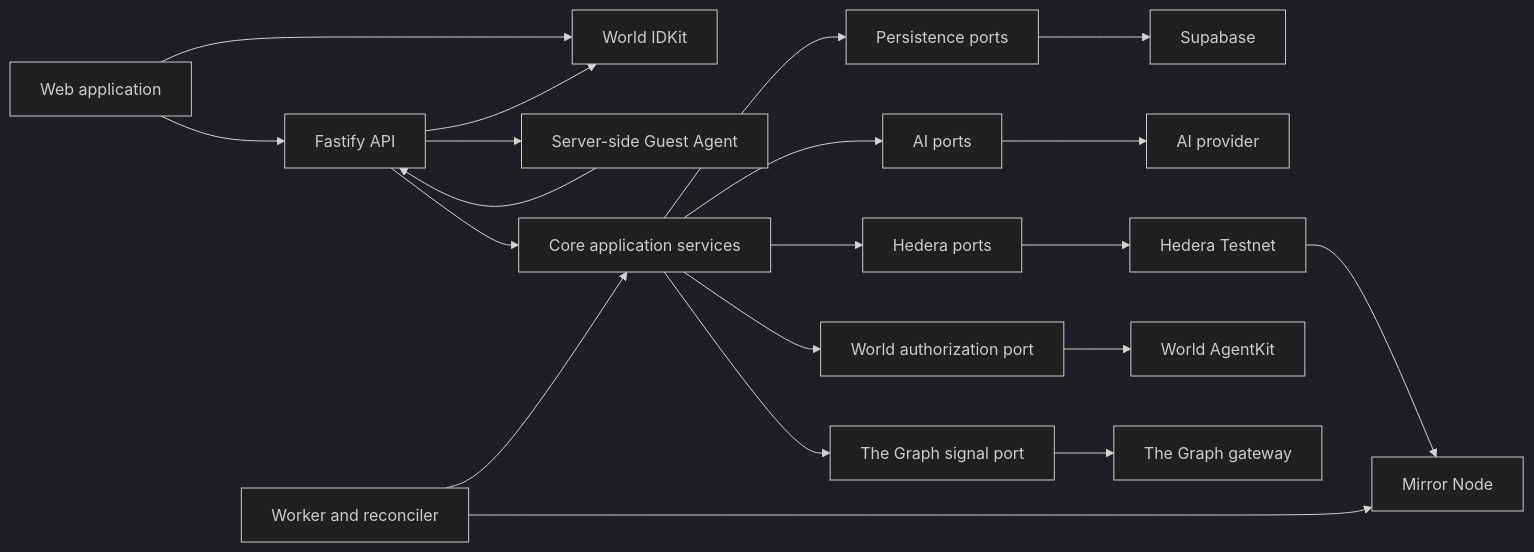
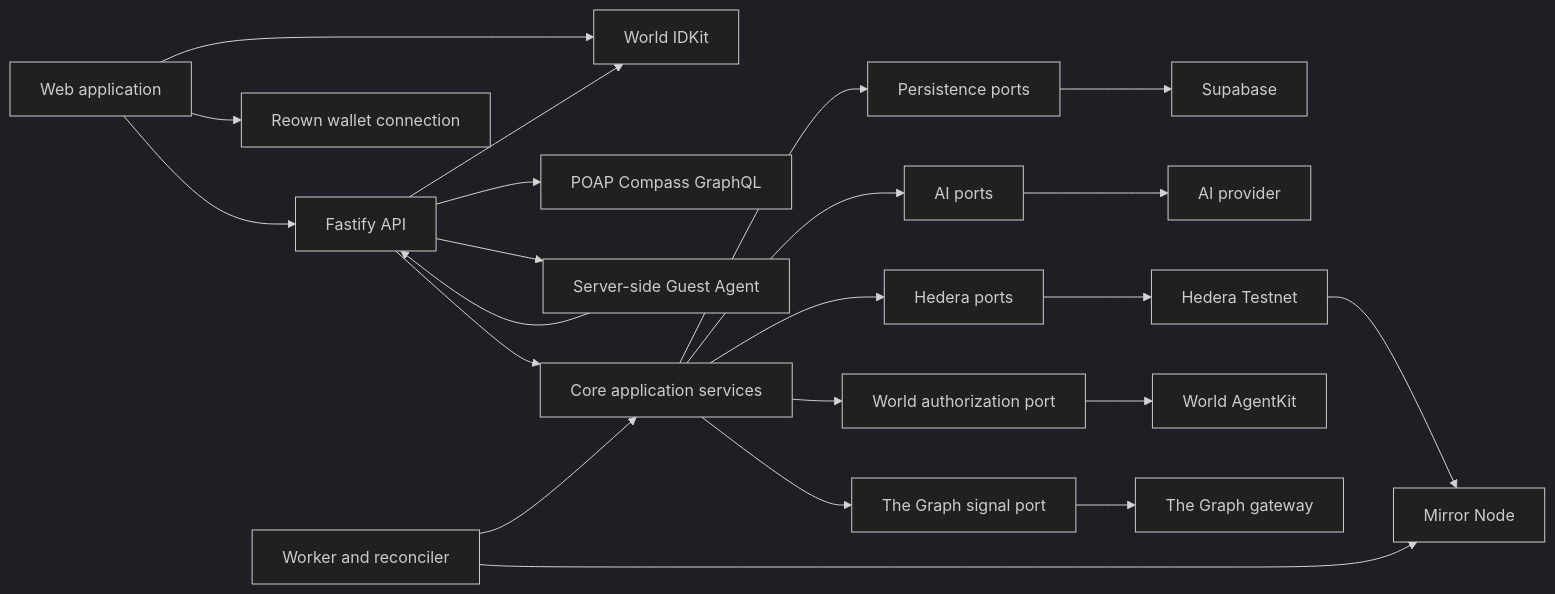
Before and after one commit to nadiia-balaian/nook-rent: the first of 2 diagrams in docs/ARCHITECTURE.md, drawn with Mermaid (dark theme). The commit also changed other lines of this file and 34 other files, not shown here.

Commit message:
feat(wallet): add optional POAP evidence

````diff
--- a/docs/ARCHITECTURE.md
+++ b/docs/ARCHITECTURE.md
@@ -17,25 +17,27 @@
 ```mermaid
 flowchart LR
   Browser["Web application"] --> API["Fastify API"]
   Browser --> WorldID["World IDKit"]
+  Browser --> Wallet["Reown wallet connection"]
   API --> WorldID
+  API --> POAP["POAP Compass GraphQL"]
   API --> GuestAgent["Server-side Guest Agent"]
   GuestAgent --> API
   API --> Core["Core application services"]
   Worker["Worker and reconciler"] --> Core
 
   Core --> DBPort["Persistence ports"]
   Core --> AIPort["AI ports"]
   Core --> HederaPort["Hedera ports"]
   Core --> WorldPort["World authorization port"]
   Core --> GraphPort["The Graph signal port"]
 
   DBPort --> Supabase["Supabase"]
   AIPort --> AI["AI provider"]
   HederaPort --> Hedera["Hedera Testnet"]
   WorldPort --> World["World AgentKit"]
   GraphPort --> Graph["The Graph gateway"]
 
   Hedera --> Mirror["Mirror Node"]
   Worker --> Mirror
 ```
````
